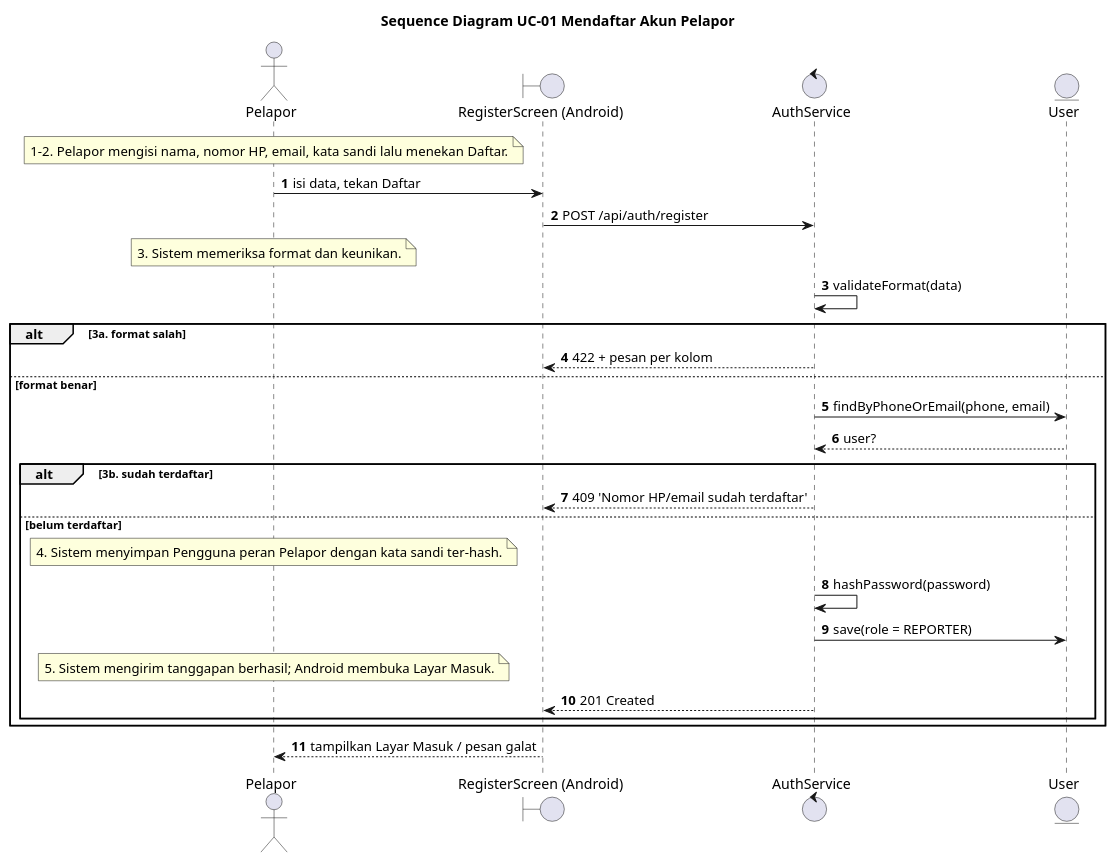
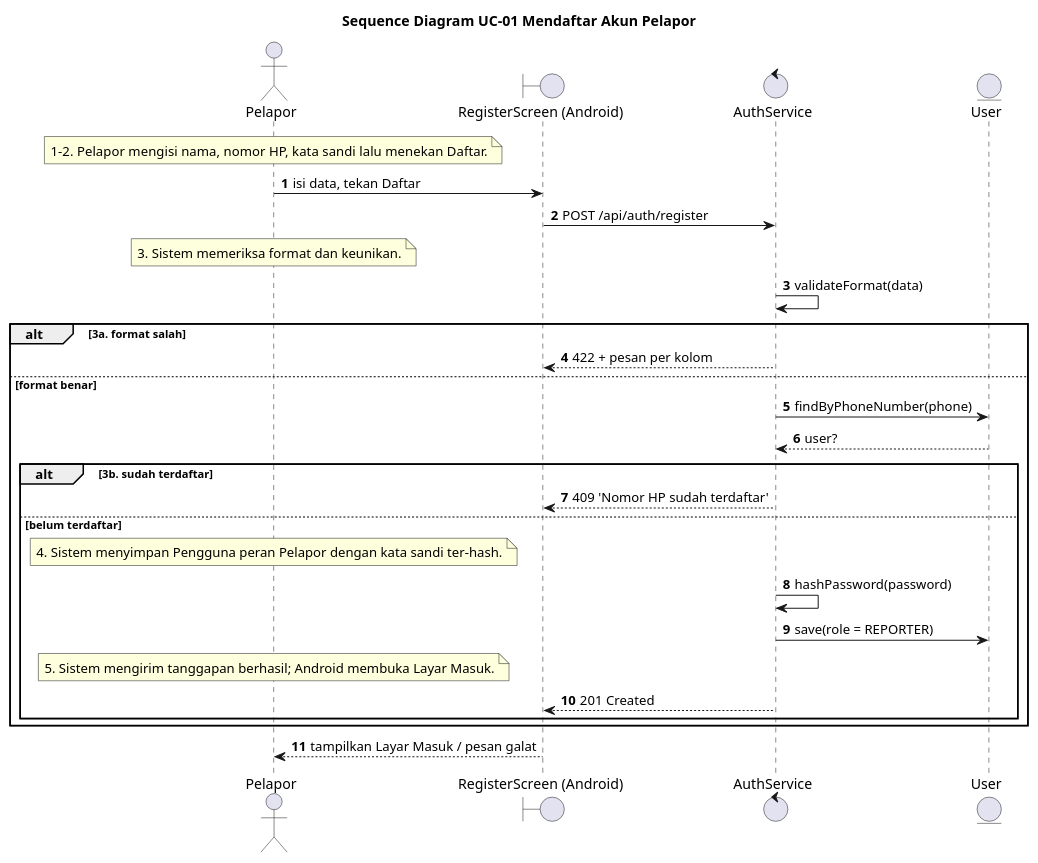
One commit to wirapatigilang/laporapi-api-web changed the diagram in specs/001-uc01-register-reporter/iconix/uc01-sequence.puml. Above: the diagram before and after it, drawn with PlantUML. The commit also changed 33 other files, not shown here.

First line of the commit message:
Masuk dengan nomor HP + kata sandi, email dihapus (UC-01, UC-02)

```diff
--- a/specs/001-uc01-register-reporter/iconix/uc01-sequence.puml
+++ b/specs/001-uc01-register-reporter/iconix/uc01-sequence.puml
@@ -1,29 +1,29 @@
 @startuml
 title Sequence Diagram UC-01 Mendaftar Akun Pelapor
 autonumber
 actor "Pelapor" as pel
 boundary "RegisterScreen (Android)" as lyr
 control "AuthService" as auth
 entity "User" as png
-note over pel : 1–2. Pelapor mengisi nama, nomor HP, email, kata sandi lalu menekan Daftar.
+note over pel : 1–2. Pelapor mengisi nama, nomor HP, kata sandi lalu menekan Daftar.
 pel -> lyr : isi data, tekan Daftar
 lyr -> auth : POST /api/auth/register
 note over pel : 3. Sistem memeriksa format dan keunikan.
 auth -> auth : validateFormat(data)
 alt 3a. format salah
 auth --> lyr : 422 + pesan per kolom
 else format benar
-auth -> png : findByPhoneOrEmail(phone, email)
+auth -> png : findByPhoneNumber(phone)
 png --> auth : user?
 alt 3b. sudah terdaftar
-auth --> lyr : 409 'Nomor HP/email sudah terdaftar'
+auth --> lyr : 409 'Nomor HP sudah terdaftar'
 else belum terdaftar
 note over pel : 4. Sistem menyimpan Pengguna peran Pelapor dengan kata sandi ter-hash.
 auth -> auth : hashPassword(password)
 auth -> png : save(role = REPORTER)
 note over pel : 5. Sistem mengirim tanggapan berhasil; Android membuka Layar Masuk.
 auth --> lyr : 201 Created
 end
 end
 lyr --> pel : tampilkan Layar Masuk / pesan galat
 @enduml
```
